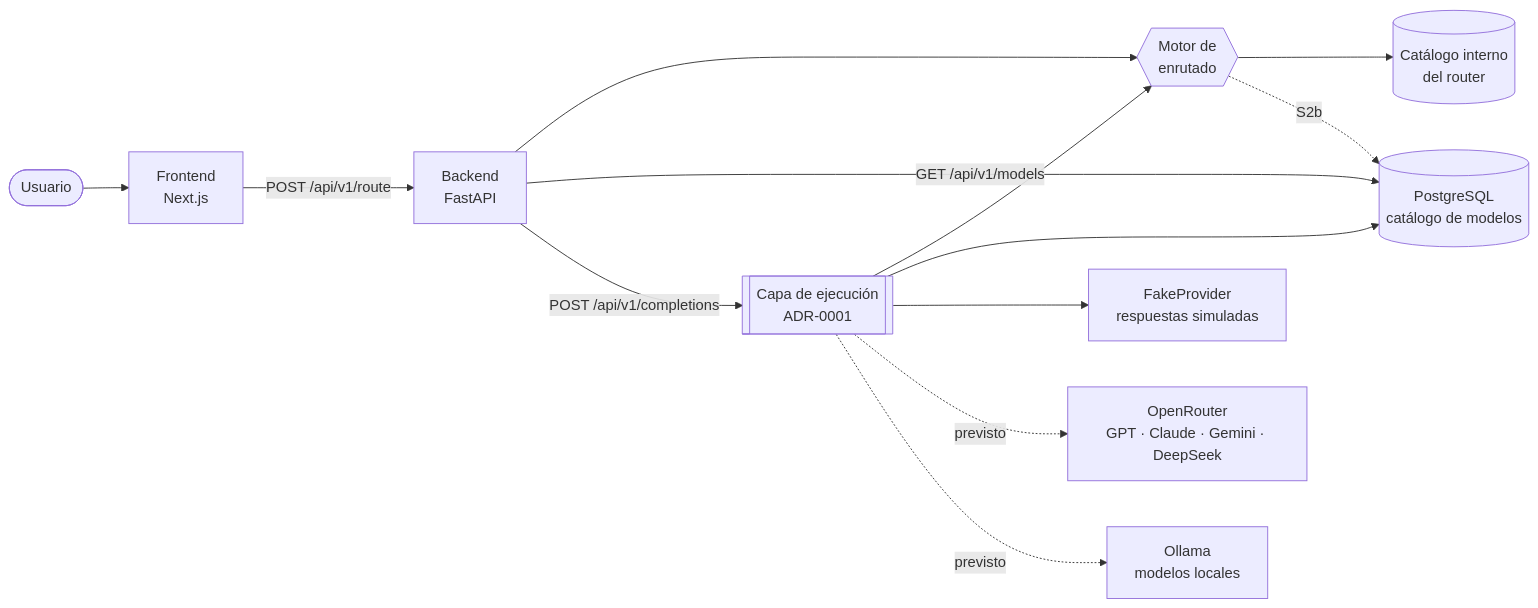
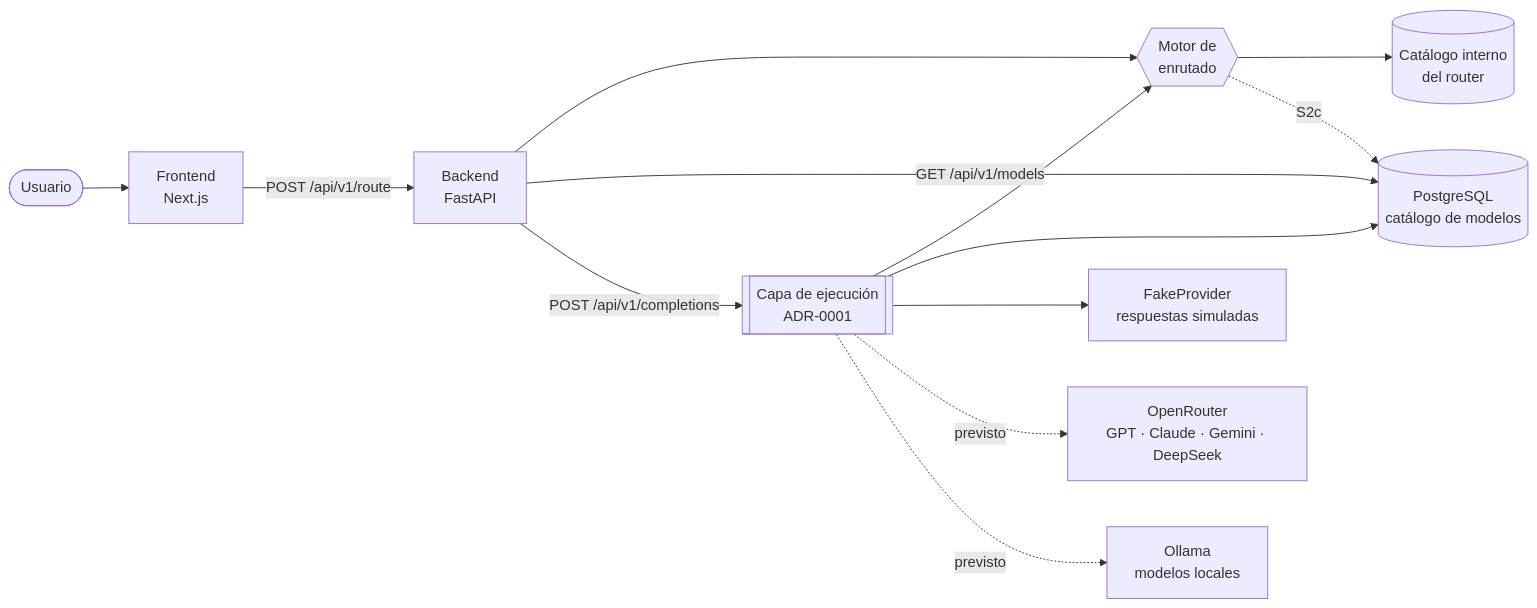
The diagram in README.es.md (sofia-casado-sainz/ai-router-dashboard), drawn with Mermaid before and after one commit. The commit also changed other lines of this file and 4 other files, not shown here.

````diff
--- a/README.es.md
+++ b/README.es.md
@@ -41,15 +41,15 @@
 ```mermaid
 flowchart LR
     U([Usuario]) --> FE[Frontend<br/>Next.js]
     FE -->|POST /api/v1/route| BE[Backend<br/>FastAPI]
     BE --> RE{{Motor de<br/>enrutado}}
     RE --> CAT[(Catálogo interno<br/>del router)]
     BE -->|GET /api/v1/models| DB[(PostgreSQL<br/>catálogo de modelos)]
     BE -->|POST /api/v1/completions| EX[[Capa de ejecución<br/>ADR-0001]]
     EX --> RE
     EX --> DB
     EX --> FP[FakeProvider<br/>respuestas simuladas]
-    RE -. S2b .-> DB
+    RE -. S2c .-> DB
     EX -. previsto .-> OR[OpenRouter<br/>GPT · Claude · Gemini · DeepSeek]
     EX -. previsto .-> OL[Ollama<br/>modelos locales]
 ```
````
